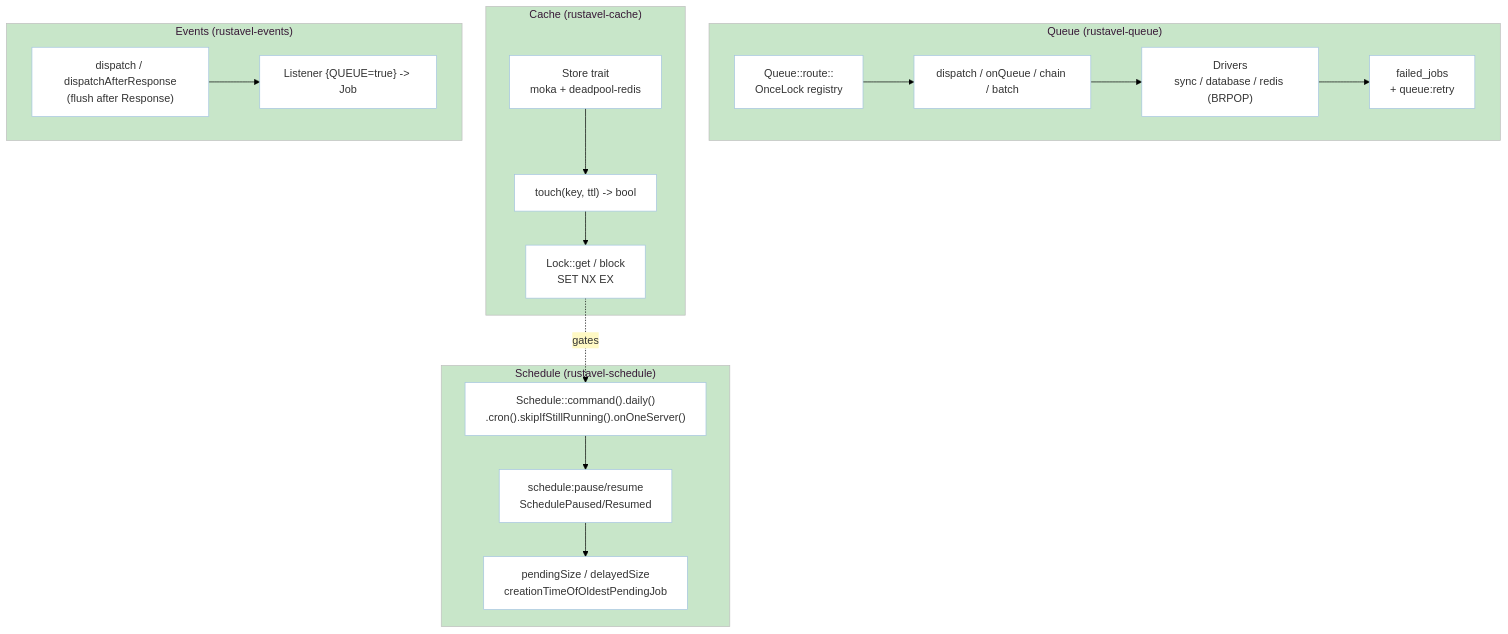
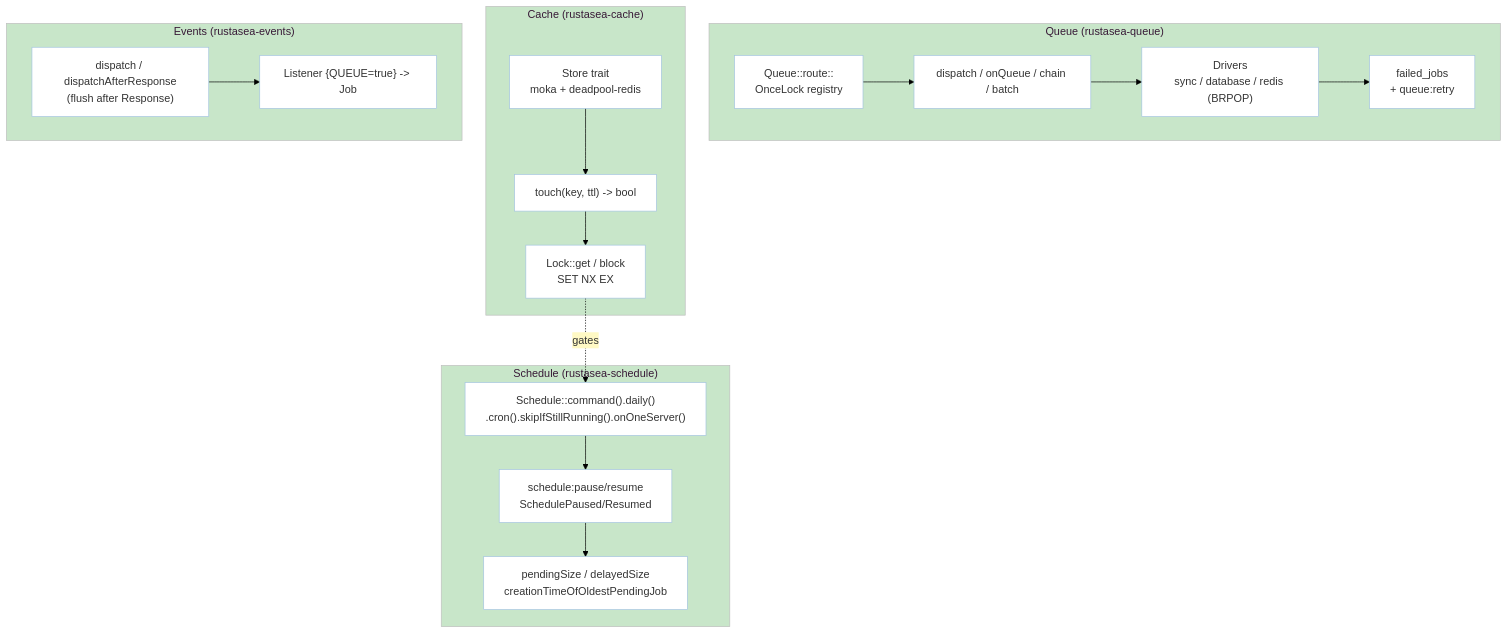
The diagram in .agents/documents/application/modules/async-workloads/overview.md (rustasea/rustasea), drawn with Mermaid before and after one commit. The commit also changed other lines of this file and 405 other files, not shown here.

````diff
--- a/.agents/documents/application/modules/async-workloads/overview.md
+++ b/.agents/documents/application/modules/async-workloads/overview.md
@@ -35,30 +35,30 @@
 ```mermaid
 %%{init: {"theme": "base", "themeVariables": {"background": "#ffffff", "mainBkg": "#ffffff", "primaryColor": "#bbdefb", "secondaryColor": "#fff9c4", "tertiaryColor": "#c8e6c9"}}}%%
 flowchart TB
-    subgraph Queue["Queue (rustavel-queue)"]
+    subgraph Queue["Queue (rustasea-queue)"]
         Route["Queue::route::<Job>\nOnceLock registry"]
         Dispatch["dispatch / onQueue / chain / batch"]
         Driver["Drivers\nsync / database / redis (BRPOP)"]
         Failed["failed_jobs\n+ queue:retry"]
     end
-    subgraph Cache["Cache (rustavel-cache)"]
+    subgraph Cache["Cache (rustasea-cache)"]
         Store["Store trait\nmoka + deadpool-redis"]
         Touch["touch(key, ttl) -> bool"]
         Lock["Lock::get / block\nSET NX EX"]
     end
-    subgraph Events["Events (rustavel-events)"]
+    subgraph Events["Events (rustasea-events)"]
         DispatchE["dispatch / dispatchAfterResponse\n(flush after Response)"]
         Listener["Listener {QUEUE=true} -> Job"]
     end
-    subgraph Schedule["Schedule (rustavel-schedule)"]
+    subgraph Schedule["Schedule (rustasea-schedule)"]
         Sched["Schedule::command().daily()\n.cron().skipIfStillRunning().onOneServer()"]
         Pause["schedule:pause/resume\nSchedulePaused/Resumed"]
         Metrics["pendingSize / delayedSize\ncreationTimeOfOldestPendingJob"]
     end
 
     Route --> Dispatch --> Driver --> Failed
     Store --> Touch --> Lock
     Lock -. gates .-> Sched
     DispatchE --> Listener
     Sched --> Pause --> Metrics
 ```
````
